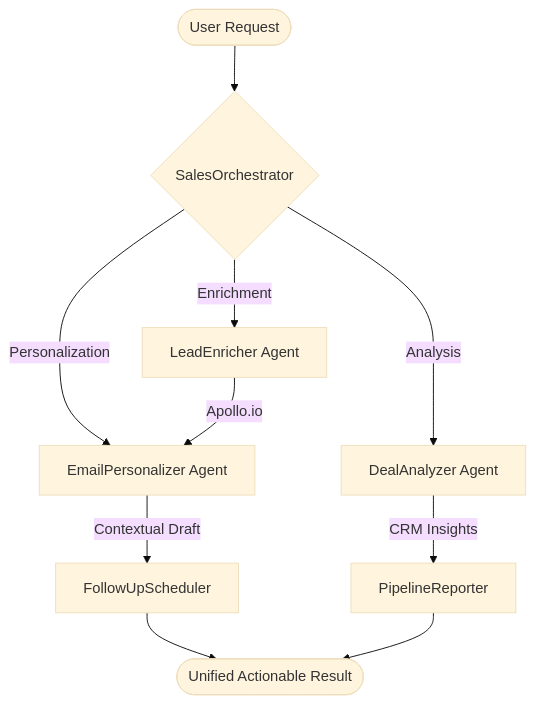
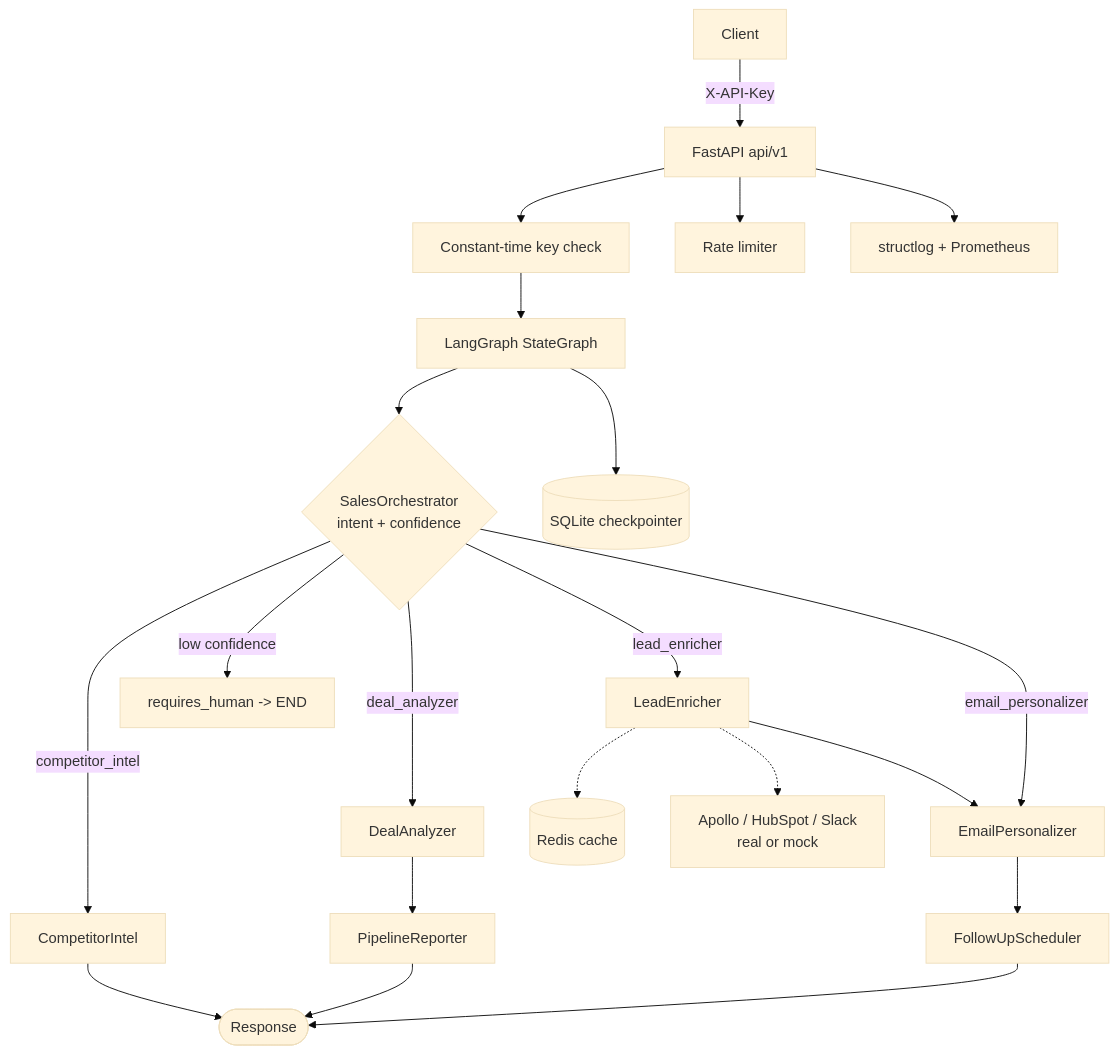
Before and after one commit to daniellopez882/AI-powered-Sales-CRM-Agent: the diagram in README.md, drawn with Mermaid (base theme). The commit also changed other lines of this file and 6 other files, not shown here.

````diff
--- a/README.md
+++ b/README.md
@@ -29,14 +27,27 @@
 ```mermaid
-graph TD
-    User([User Request]) --> Orchestrator{SalesOrchestrator}
-    Orchestrator -- Enrichment --> LeadEnricher[LeadEnricher Agent]
-    Orchestrator -- Personalization --> Personalizer[EmailPersonalizer Agent]
-    Orchestrator -- Analysis --> DealAnalyzer[DealAnalyzer Agent]
-    
-    LeadEnricher --> |Apollo.io| Personalizer
-    Personalizer --> |Contextual Draft| Scheduler[FollowUpScheduler]
-    DealAnalyzer --> |CRM Insights| Reporter[PipelineReporter]
-    
-    Scheduler --> Result([Unified Actionable Result])
-    Reporter --> Result
+flowchart TD
+    Client[Client] -->|X-API-Key| API[FastAPI api/v1]
+    API --> Auth[Constant-time key check]
+    API --> RL[Rate limiter]
+    Auth --> Graph[LangGraph StateGraph]
+
+    Graph --> Orch{SalesOrchestrator<br/>intent + confidence}
+    Orch -->|lead_enricher| LE[LeadEnricher]
+    Orch -->|email_personalizer| EP[EmailPersonalizer]
+    Orch -->|deal_analyzer| DA[DealAnalyzer]
+    Orch -->|competitor_intel| CI[CompetitorIntel]
+    Orch -->|low confidence| HUMAN[requires_human -> END]
+
+    LE --> EP
+    EP --> FS[FollowUpScheduler]
+    DA --> PR[PipelineReporter]
+
+    LE -.-> Cache[(Redis cache)]
+    LE -.-> Apollo[Apollo / HubSpot / Slack<br/>real or mock]
+    Graph --> CP[(SQLite checkpointer)]
+
+    API --> Obs[structlog + Prometheus]
+    FS --> Result([Response])
+    PR --> Result
+    CI --> Result
 ```
````
